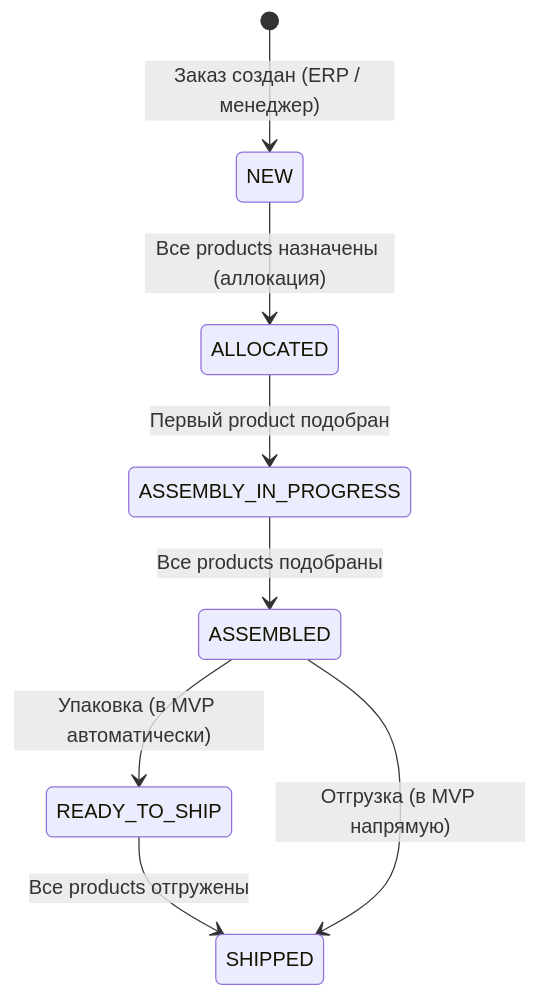
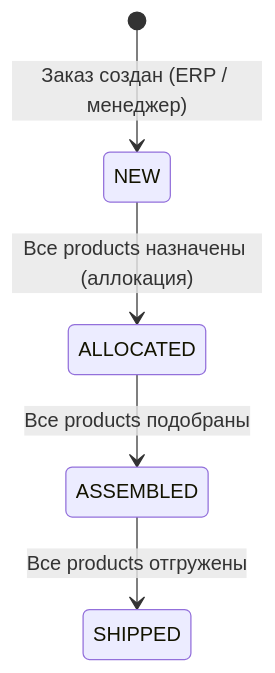
The fifth of 9 diagrams in docs/data-model/entity-lifecycle.md (oglenyaboss/avalanche-wms), drawn with Mermaid before and after one commit. The commit also changed other lines of this file and 2 other files, not shown here.

Commit message:
docs(data-model,api): синхронизировать ER-диаграмму, entity-lifecycle и api-contract с миграцией 0007

````diff
--- a/docs/data-model/entity-lifecycle.md
+++ b/docs/data-model/entity-lifecycle.md
@@ -110,10 +110,7 @@
 ```mermaid
 stateDiagram-v2
     [*] --> NEW : Заказ создан (ERP / менеджер)
     NEW --> ALLOCATED : Все products назначены (аллокация)
-    ALLOCATED --> ASSEMBLY_IN_PROGRESS : Первый product подобран
-    ASSEMBLY_IN_PROGRESS --> ASSEMBLED : Все products подобраны
-    ASSEMBLED --> READY_TO_SHIP : Упаковка (в MVP автоматически)
-    READY_TO_SHIP --> SHIPPED : Все products отгружены
-    ASSEMBLED --> SHIPPED : Отгрузка (в MVP напрямую)
+    ALLOCATED --> ASSEMBLED : Все products подобраны
+    ASSEMBLED --> SHIPPED : Все products отгружены
 ```
````
